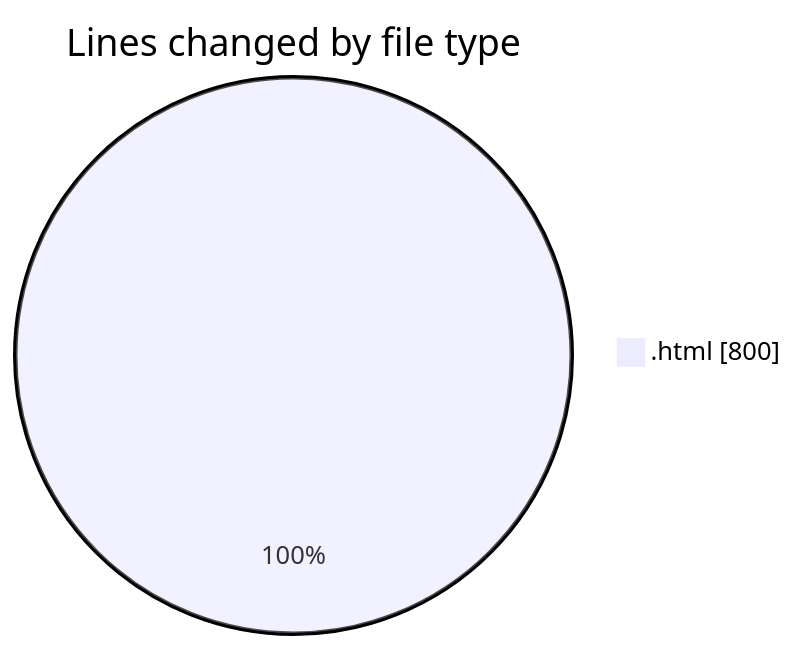
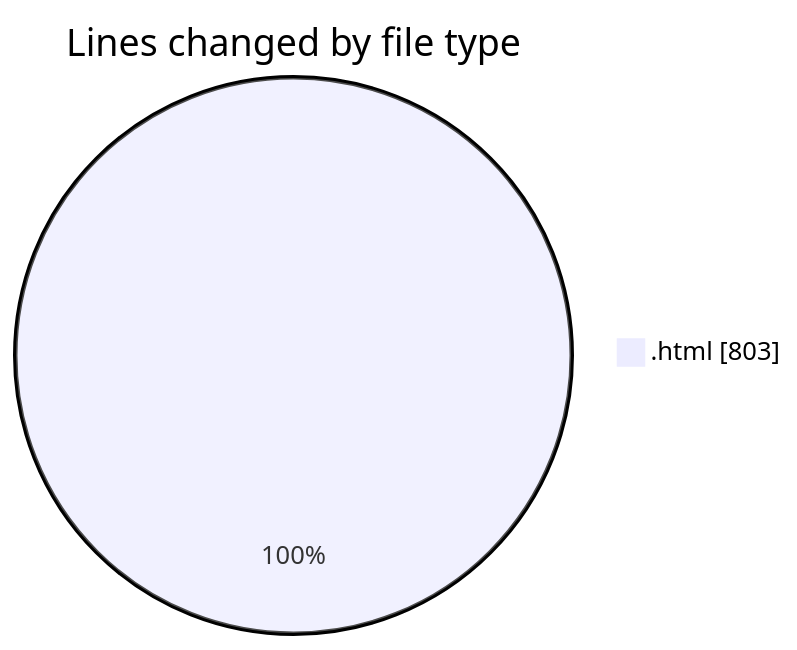
One commit to shibass792/code-tracking changed the first of 2 diagrams in 2026-07-16/panel/README.md. Above: the diagram before and after it, drawn with Mermaid. The commit also changed other lines of this file and 1 other file, not shown here.

````diff
--- a/2026-07-16/panel/README.md
+++ b/2026-07-16/panel/README.md
@@ -20,5 +20,5 @@
 ```mermaid
 pie showData
 title Lines changed by file type
-".html" : 800
+".html" : 803
 ```
````
